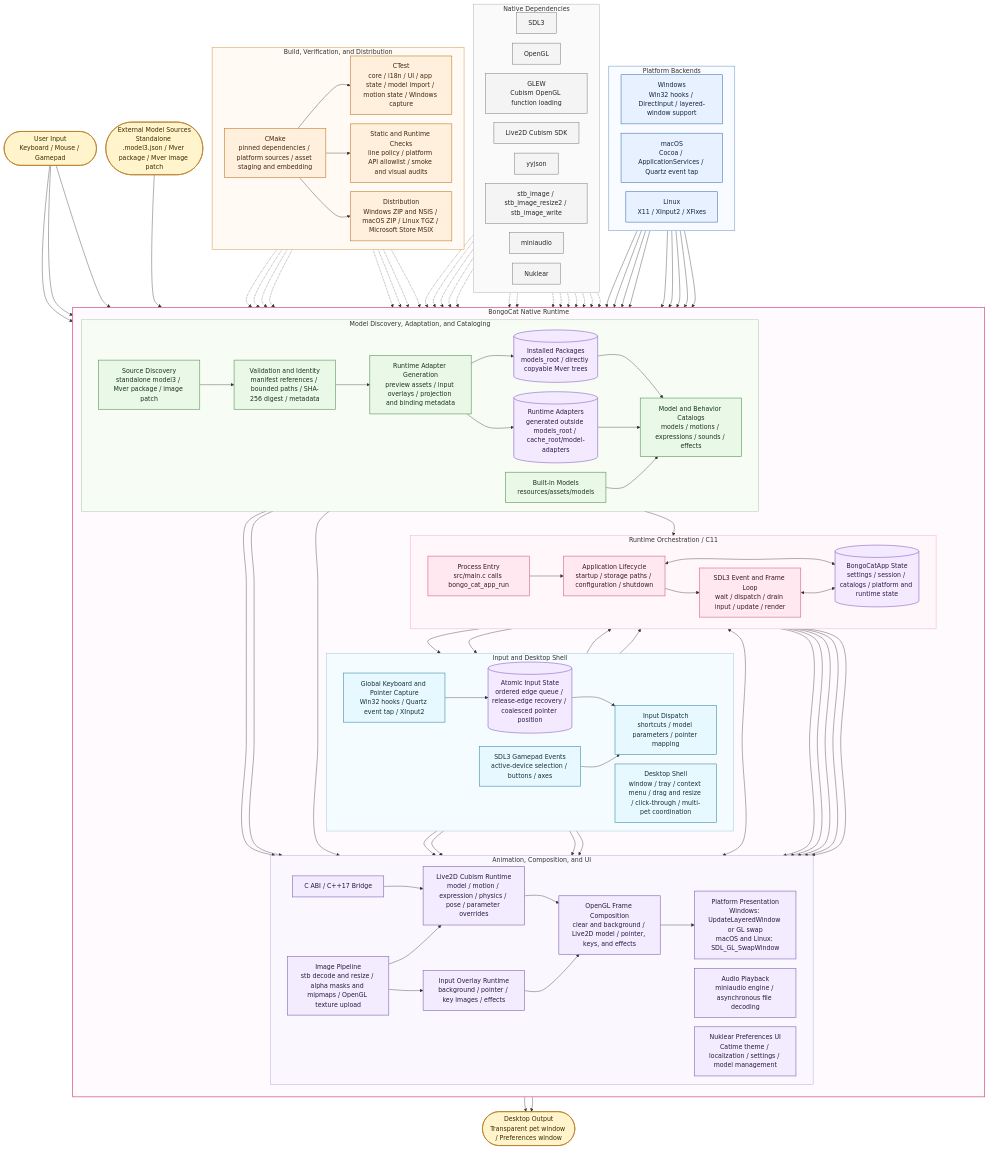
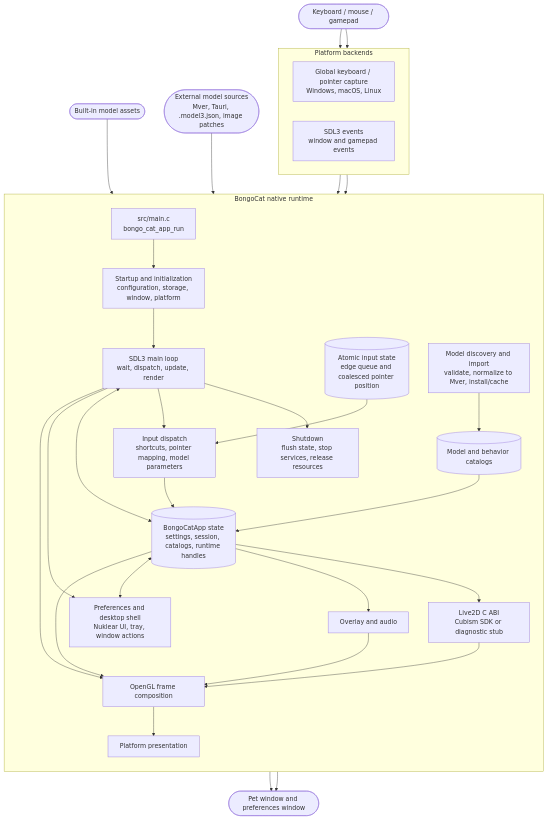
One commit to Fid-falling/BongoCat changed the diagram in README.md. Above: the diagram before and after it, drawn with Mermaid. The commit also changed other lines of this file, not shown here.

Commit message:
🌟 chore: adjust project components

````diff
--- a/README.md
+++ b/README.md
@@ -124,189 +146,53 @@
 ```mermaid
-%%{init: {"flowchart": {"curve": "catmullRom", "htmlLabels": true, "nodeSpacing": 24, "rankSpacing": 38}}}%%
 flowchart TB
-  User(["User Input<br/>Keyboard / Mouse / Gamepad"])
-  ModelSources(["External Model Sources<br/>Standalone .model3.json / Mver package / Mver image patch"])
-  Desktop(["Desktop Output<br/>Transparent pet window / Preferences window"])
+  Input(["Keyboard / mouse / gamepad"])
+  BuiltIn(["Built-in model assets"])
+  Sources(["External model sources<br/>Mver, Tauri, .model3.json, image patches"])
+  Desktop(["Pet window and preferences window"])
 
-  subgraph Platform["Platform Backends"]
-    direction LR
-    Win["Windows<br/>Win32 hooks / DirectInput / layered-window support"]
-    Mac["macOS<br/>Cocoa / ApplicationServices / Quartz event tap"]
-    Linux["Linux<br/>X11 / XInput2 / XFixes"]
+  subgraph Runtime["BongoCat native runtime"]
+    direction TB
+    Entry["src/main.c<br/>bongo_cat_app_run"]
+    Startup["Startup and initialization<br/>configuration, storage, window, platform"]
+    Loop["SDL3 main loop<br/>wait, dispatch, update, render"]
+    Shutdown["Shutdown<br/>flush state, stop services, release resources"]
+    InputQueue[("Atomic input state<br/>edge queue and coalesced pointer position")]
+    InputDispatch["Input dispatch<br/>shortcuts, pointer mapping, model parameters"]
+    State[("BongoCatApp state<br/>settings, session, catalogs, runtime handles")]
+    Import["Model discovery and import<br/>validate, normalize to Mver, install/cache"]
+    Catalog[("Model and behavior catalogs")]
+    Live2D["Live2D C ABI<br/>Cubism SDK or diagnostic stub"]
+    Overlay["Overlay and audio"]
+    Preferences["Preferences and desktop shell<br/>Nuklear UI, tray, window actions"]
+    Compose["OpenGL frame composition"]
+    Present["Platform presentation"]
+
+    Entry --> Startup --> Loop
+    Loop --> Shutdown
+    Loop --> InputDispatch --> State
+    Loop <--> State
+    State --> Live2D
+    State --> Overlay
+    State <--> Preferences
+    Loop --> Preferences
+    Catalog --> State
+    State --> Compose
+    Live2D --> Compose
+    Overlay --> Compose
+    Compose --> Present
+    Loop --> Compose
   end
 
-  subgraph Native["BongoCat Native Runtime"]
-    direction TB
-
-    subgraph Orchestration["Runtime Orchestration / C11"]
-      direction LR
-      Entry["Process Entry<br/>src/main.c calls bongo_cat_app_run"]
-      Lifecycle["Application Lifecycle<br/>startup / storage paths / configuration / shutdown"]
-      EventLoop["SDL3 Event and Frame Loop<br/>wait / dispatch / drain input / update / render"]
-      AppState[("BongoCatApp State<br/>settings / session / catalogs / platform and runtime state")]
-
-      Entry --> Lifecycle --> EventLoop
-      Lifecycle <--> AppState
-      EventLoop <--> AppState
-    end
-
-    subgraph InputShell["Input and Desktop Shell"]
-      direction LR
-      GlobalInput["Global Keyboard and Pointer Capture<br/>Win32 hooks / Quartz event tap / XInput2"]
-      InputQueue[("Atomic Input State<br/>ordered edge queue / release-edge recovery / coalesced pointer position")]
-      Gamepad["SDL3 Gamepad Events<br/>active-device selection / buttons / axes"]
-      InputMap["Input Dispatch<br/>shortcuts / model parameters / pointer mapping"]
-      Shell["Desktop Shell<br/>window / tray / context menu / drag and resize / click-through / multi-pet coordination"]
-
-      GlobalInput --> InputQueue --> InputMap
-      Gamepad --> InputMap
-      EventLoop --> Shell
-      EventLoop --> InputMap
-      InputMap --> AppState
-      Shell --> AppState
-    end
-
-    subgraph ModelPipeline["Model Discovery, Adaptation, and Cataloging"]
-      direction LR
-      BuiltIn["Built-in Models<br/>resources/assets/models"]
-      Discover["Source Discovery<br/>standalone model3 / Mver package / image patch"]
-      Validate["Validation and Identity<br/>manifest references / bounded paths / SHA-256 digest / metadata"]
-      Adapt["Runtime Adapter Generation<br/>preview assets / input overlays / projection and binding metadata"]
-      Installed[("Installed Packages<br/>models_root / directly copyable Mver trees")]
-      Nearby[("Runtime Adapters<br/>generated outside models_root / cache_root/model-adapters")]
-      Catalog["Model and Behavior Catalogs<br/>models / motions / expressions / sounds / effects"]
-
-      Discover --> Validate --> Adapt
-      Adapt --> Installed --> Catalog
-      Adapt --> Nearby --> Catalog
-      BuiltIn --> Catalog
-      Catalog --> AppState
-    end
-
-    subgraph Presentation["Animation, Composition, and UI"]
-      direction LR
-      Live2DBridge["C ABI / C++17 Bridge"]
-      Cubism["Live2D Cubism Runtime<br/>model / motion / expression / physics / pose / parameter overrides"]
-      Images["Image Pipeline<br/>stb decode and resize / alpha masks and mipmaps / OpenGL texture upload"]
-      Overlay["Input Overlay Runtime<br/>background / pointer / key images / effects"]
-      Audio["Audio Playback<br/>miniaudio engine / asynchronous file decoding"]
-      Composite["OpenGL Frame Composition<br/>clear and background / Live2D model / pointer, keys, and effects"]
-      Preferences["Nuklear Preferences UI<br/>Catime theme / localization / settings / model management"]
-      Present["Platform Presentation<br/>Windows: UpdateLayeredWindow or GL swap<br/>macOS and Linux: SDL_GL_SwapWindow"]
-
-      Live2DBridge --> Cubism
-      Cubism --> Composite --> Present
-      Images --> Cubism
-      Images --> Overlay --> Composite
-      AppState <--> Preferences
-    end
-
-    EventLoop --> Live2DBridge
-    EventLoop --> Composite
-    EventLoop --> Preferences
-    AppState --> Live2DBridge
-    AppState --> Composite
-    InputMap --> Live2DBridge
-    InputMap --> Overlay
-    InputMap --> Audio
-    Catalog --> Live2DBridge
-    Catalog --> Overlay
-    Catalog --> Audio
-    Shell --> Preferences
+  subgraph Platform["Platform backends"]
+    direction LR
+    Global["Global keyboard / pointer capture<br/>Windows, macOS, Linux"]
+    SDL["SDL3 events<br/>window and gamepad events"]
   end
 
-  subgraph Dependencies["Native Dependencies"]
-    direction LR
-    SDL["SDL3"]
-    OpenGL["OpenGL"]
-    GLEW["GLEW<br/>Cubism OpenGL function loading"]
-    CubismSDK["Live2D Cubism SDK"]
-    YYJSON["yyjson"]
-    STB["stb_image / stb_image_resize2 / stb_image_write"]
-    Miniaudio["miniaudio"]
-    Nuklear["Nuklear"]
-  end
-
-  subgraph Toolchain["Build, Verification, and Distribution"]
-    direction LR
-    CMake["CMake<br/>pinned dependencies / platform sources / asset staging and embedding"]
-    CTest["CTest<br/>core / i18n / UI / app state / model import / motion state / Windows capture"]
-    Audits["Static and Runtime Checks<br/>line policy / platform API allowlist / smoke and visual audits"]
-    Packaging["Distribution<br/>Windows ZIP and NSIS / macOS ZIP / Linux TGZ / Microsoft Store MSIX"]
-
-    CMake --> CTest
-    CMake --> Audits
-    CMake --> Packaging
-  end
-
-  User --> GlobalInput
-  User --> Gamepad
-  User --> Shell
-  ModelSources --> Discover
-
-  Win --> GlobalInput
-  Mac --> GlobalInput
-  Linux --> GlobalInput
-  Win --> Shell
-  Mac --> Shell
-  Linux --> Shell
-  Win --> Present
-  Mac --> Present
-  Linux --> Present
-
+  Input --> Global --> InputQueue --> InputDispatch
+  Input --> SDL --> Loop
+  BuiltIn --> Catalog
+  Sources --> Import --> Catalog
   Present --> Desktop
   Preferences --> Desktop
-
-  SDL -.-> EventLoop
-  SDL -.-> Gamepad
-  SDL -.-> Shell
-  SDL -.-> Present
-  OpenGL -.-> Cubism
-  OpenGL -.-> Composite
-  OpenGL -.-> Preferences
-  GLEW -.-> Cubism
-  CubismSDK -.-> Cubism
-  YYJSON -.-> Lifecycle
-  YYJSON -.-> Validate
-  STB -.-> Images
-  Miniaudio -.-> Audio
-  Nuklear -.-> Preferences
-
-  CMake -.-> Entry
-  CTest -.-> AppState
-  CTest -.-> Preferences
-  CTest -.-> Live2DBridge
-  CTest -.-> Present
-  Audits -.-> EventLoop
-  Audits -.-> GlobalInput
-  Audits -.-> Composite
-
-  classDef external fill:#fff4cc,stroke:#b7791f,color:#3d2b00,stroke-width:1.5px
-  classDef platform fill:#e8f1ff,stroke:#4a78b8,color:#14263d,stroke-width:1.5px
-  classDef runtime fill:#ffe8f0,stroke:#d95f8d,color:#3d1725,stroke-width:1.5px
-  classDef state fill:#f3eaff,stroke:#8a63c7,color:#2c1b46,stroke-width:1.5px
-  classDef input fill:#e7f8ff,stroke:#3f8eaa,color:#12323d,stroke-width:1.5px
-  classDef model fill:#eaf8e8,stroke:#57945a,color:#18361a,stroke-width:1.5px
-  classDef render fill:#f3ecff,stroke:#8064b3,color:#281b40,stroke-width:1.5px
-  classDef dependency fill:#f4f4f5,stroke:#71717a,color:#27272a,stroke-width:1.2px
-  classDef tooling fill:#fff0dd,stroke:#c47b2c,color:#42270d,stroke-width:1.5px
-
-  class User,ModelSources,Desktop external
-  class Win,Mac,Linux platform
-  class Entry,Lifecycle,EventLoop runtime
-  class AppState,InputQueue,Installed,Nearby state
-  class GlobalInput,Gamepad,InputMap,Shell input
-  class BuiltIn,Discover,Validate,Adapt,Catalog model
-  class Live2DBridge,Cubism,Images,Overlay,Audio,Composite,Preferences,Present render
-  class SDL,OpenGL,GLEW,CubismSDK,YYJSON,STB,Miniaudio,Nuklear dependency
-  class CMake,CTest,Audits,Packaging tooling
-
-  style Native fill:#fffafd,stroke:#d95f8d,stroke-width:2px
-  style Platform fill:#f8fbff,stroke:#7da1cf,stroke-width:1.5px
-  style Orchestration fill:#fff7fa,stroke:#ed9eb8,stroke-width:1px
-  style InputShell fill:#f5fcff,stroke:#86bfd3,stroke-width:1px
-  style ModelPipeline fill:#f7fcf5,stroke:#91bd8f,stroke-width:1px
-  style Presentation fill:#faf7ff,stroke:#ad98cf,stroke-width:1px
-  style Dependencies fill:#fafafa,stroke:#a1a1aa,stroke-width:1px
-  style Toolchain fill:#fffaf3,stroke:#dda866,stroke-width:1.5px
 ```
````
